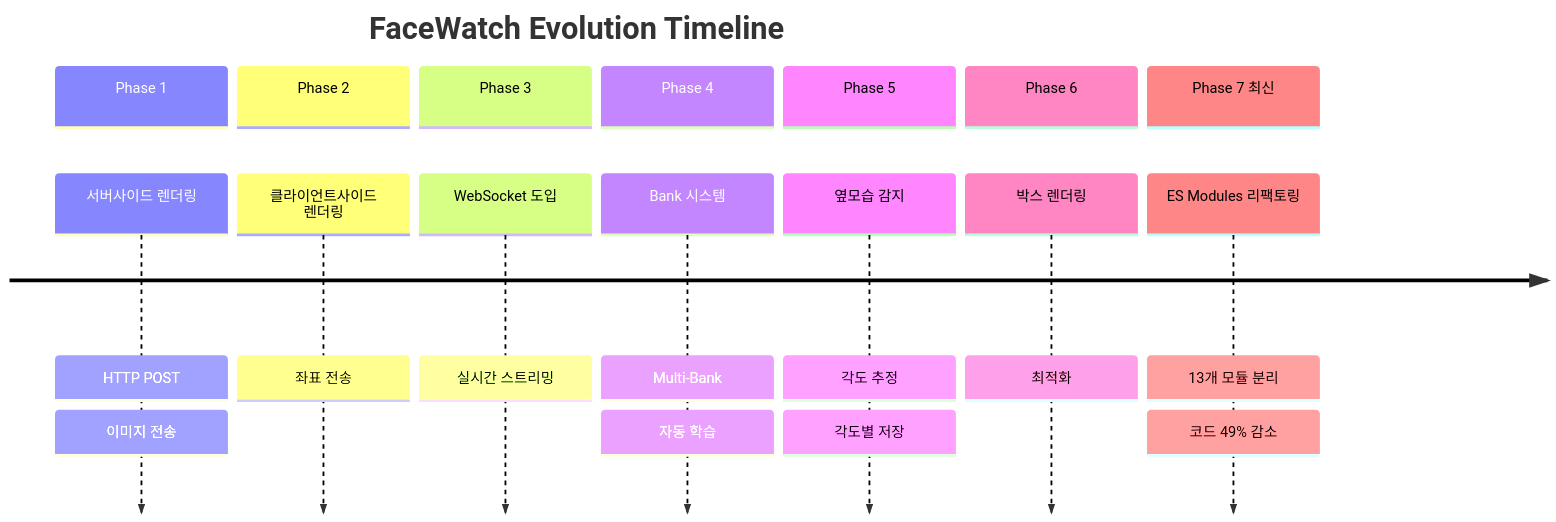
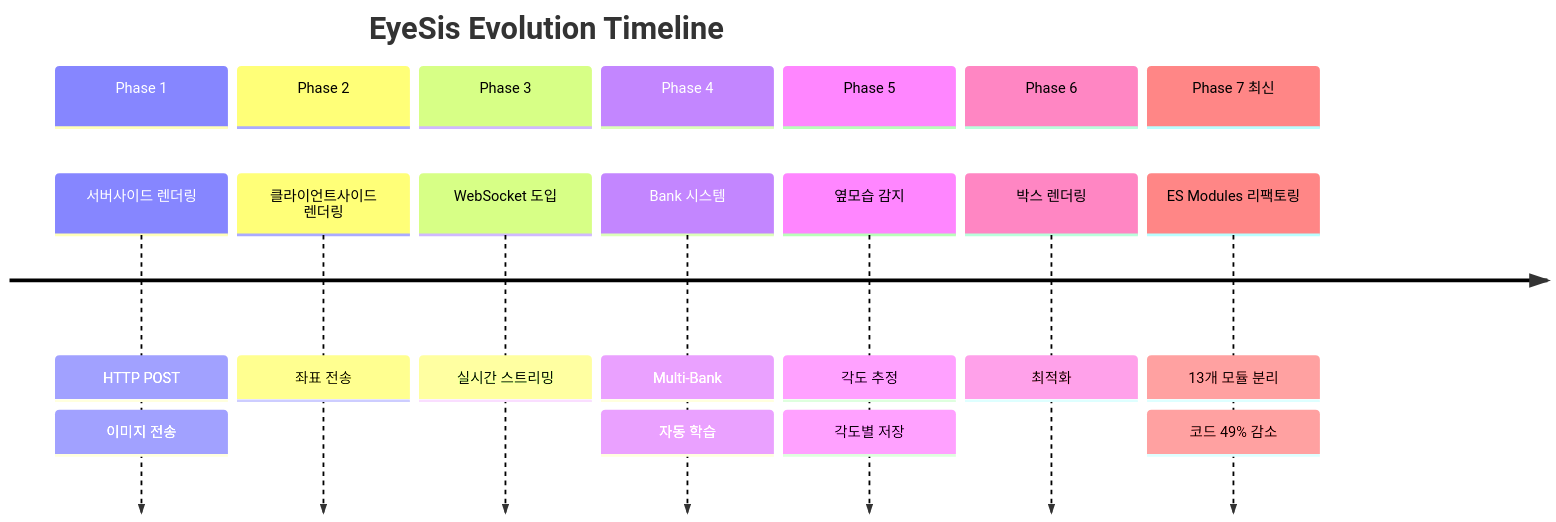
Before and after one commit to jongwoo108/EyeSis: the first of 3 diagrams in SERVICE_IMPROVEMENTS.md, drawn with Mermaid. The commit also changed other lines of this file and 368 other files, not shown here.

````diff
--- a/SERVICE_IMPROVEMENTS.md
+++ b/SERVICE_IMPROVEMENTS.md
@@ -42,18 +42,18 @@
 ```mermaid
 timeline
-    title FaceWatch Evolution Timeline
+    title EyeSis Evolution Timeline
     section Phase 1
         서버사이드 렌더링 : HTTP POST : 이미지 전송
     section Phase 2
         클라이언트사이드 렌더링 : 좌표 전송
     section Phase 3
         WebSocket 도입 : 실시간 스트리밍
     section Phase 4
         Bank 시스템 : Multi-Bank : 자동 학습
     section Phase 5
         옆모습 감지 : 각도 추정 : 각도별 저장
     section Phase 6
         박스 렌더링 : 최적화
     section Phase 7 최신
         ES Modules 리팩토링 : 13개 모듈 분리 : 코드 49% 감소
 ```
````
